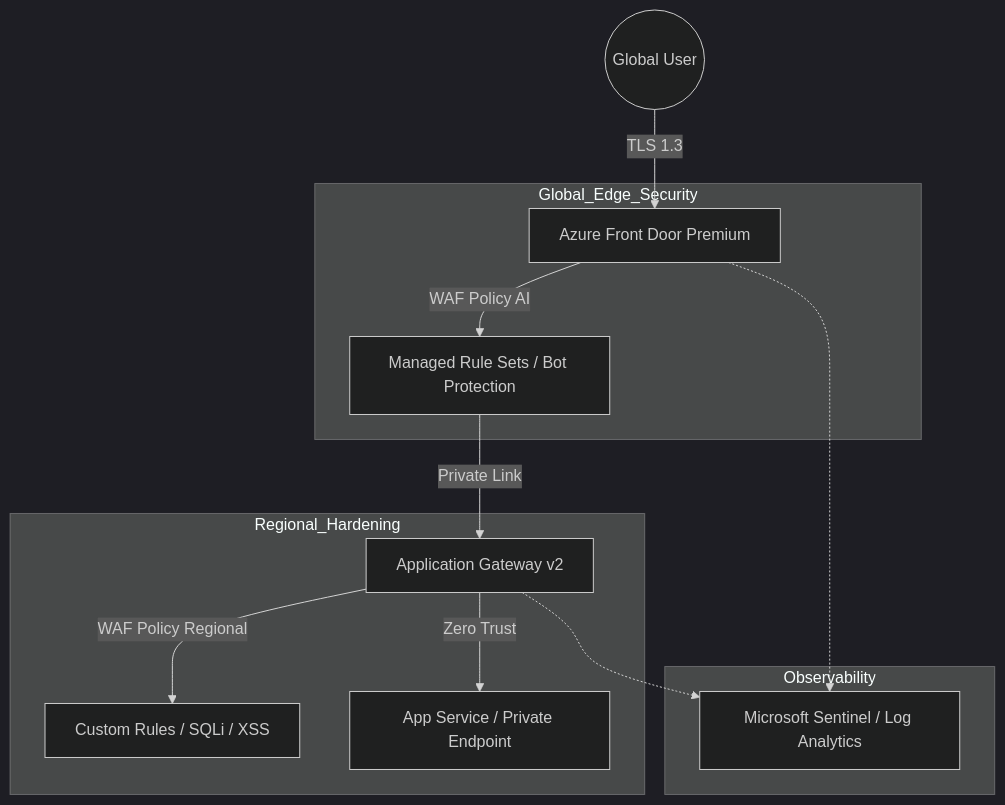
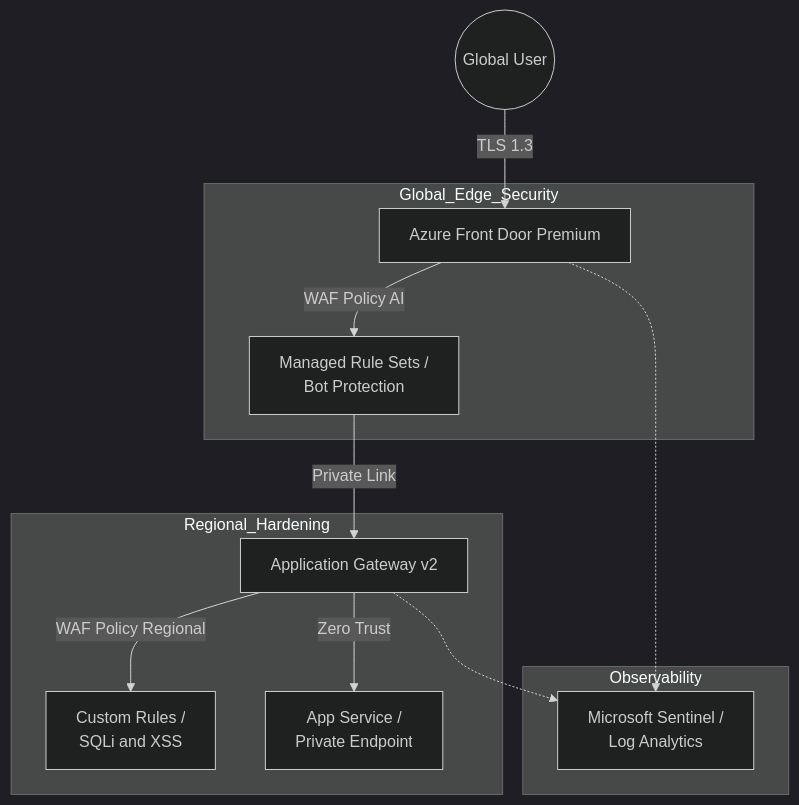
One commit to nubenetes/terraform-azure-devops-agentic changed the diagram in docs/314-AZURE_WAF_IMPROVEMENTS.md. Above: the diagram before and after it, drawn with Mermaid (dark theme). The commit also changed 23 other files, not shown here.

Commit message:
docs: establish automated Mermaid validator and eliminate text clipping repo-wide

````diff
--- a/docs/314-AZURE_WAF_IMPROVEMENTS.md
+++ b/docs/314-AZURE_WAF_IMPROVEMENTS.md
@@ -46,16 +46,16 @@
 ```mermaid
 graph TD
     User((Global User)) -->|TLS 1.3| AFD[Azure Front Door Premium]
     subgraph Global_Edge_Security
-        AFD -->|WAF Policy AI| WAF_Global[Managed Rule Sets / Bot Protection]
+        AFD -->|WAF Policy AI| WAF_Global[Managed Rule Sets /<br/>Bot Protection]
     end
     WAF_Global -->|Private Link| AGW[Application Gateway v2]
     subgraph Regional_Hardening
-        AGW -->|WAF Policy Regional| WAF_Reg[Custom Rules / SQLi / XSS]
-        AGW -->|Zero Trust| BE[App Service / Private Endpoint]
+        AGW -->|WAF Policy Regional| WAF_Reg[Custom Rules /<br/>SQLi and XSS]
+        AGW -->|Zero Trust| BE[App Service /<br/>Private Endpoint]
     end
     subgraph Observability
-        AFD -.-> Sentinel[Microsoft Sentinel / Log Analytics]
+        AFD -.-> Sentinel[Microsoft Sentinel /<br/>Log Analytics]
         AGW -.-> Sentinel
     end
 ```
````
